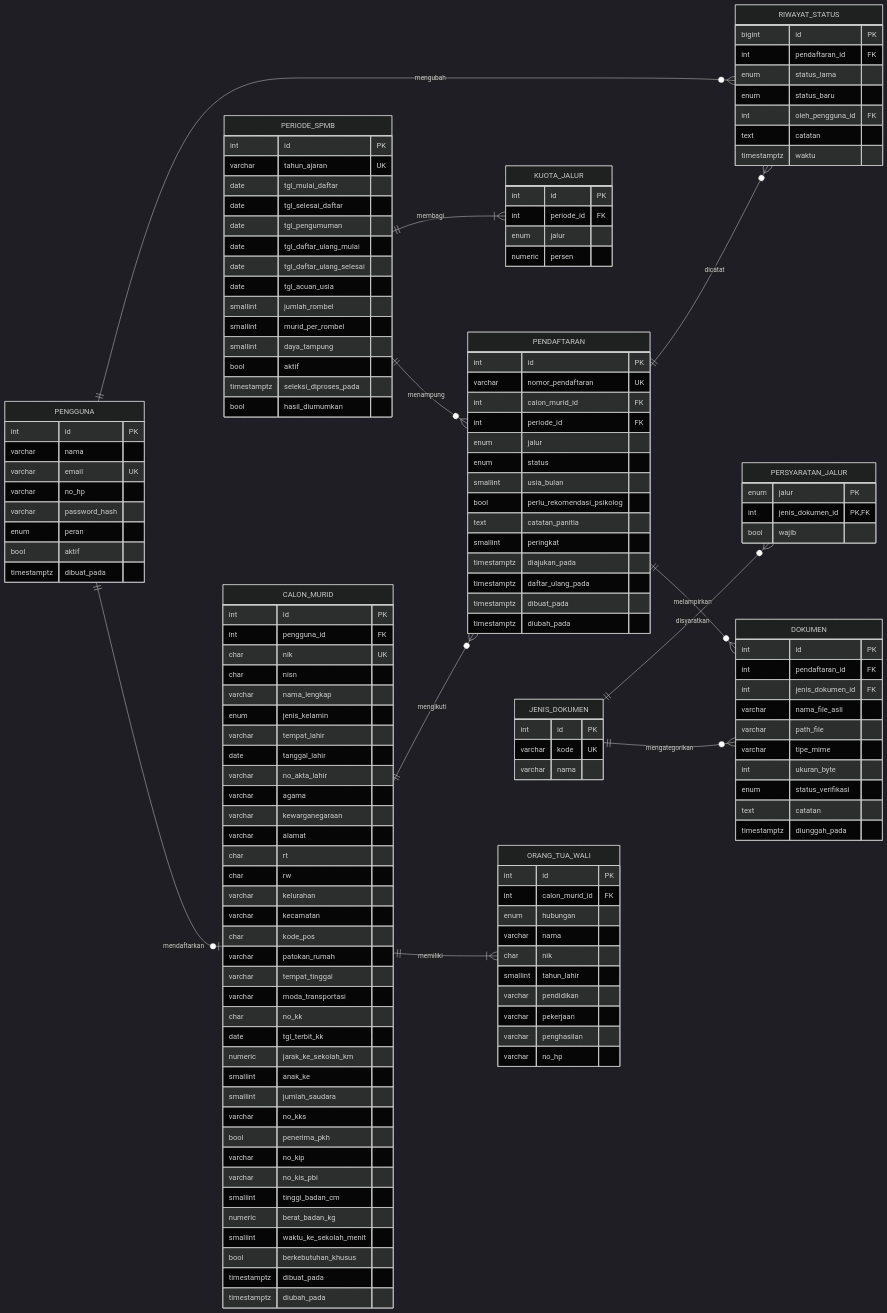
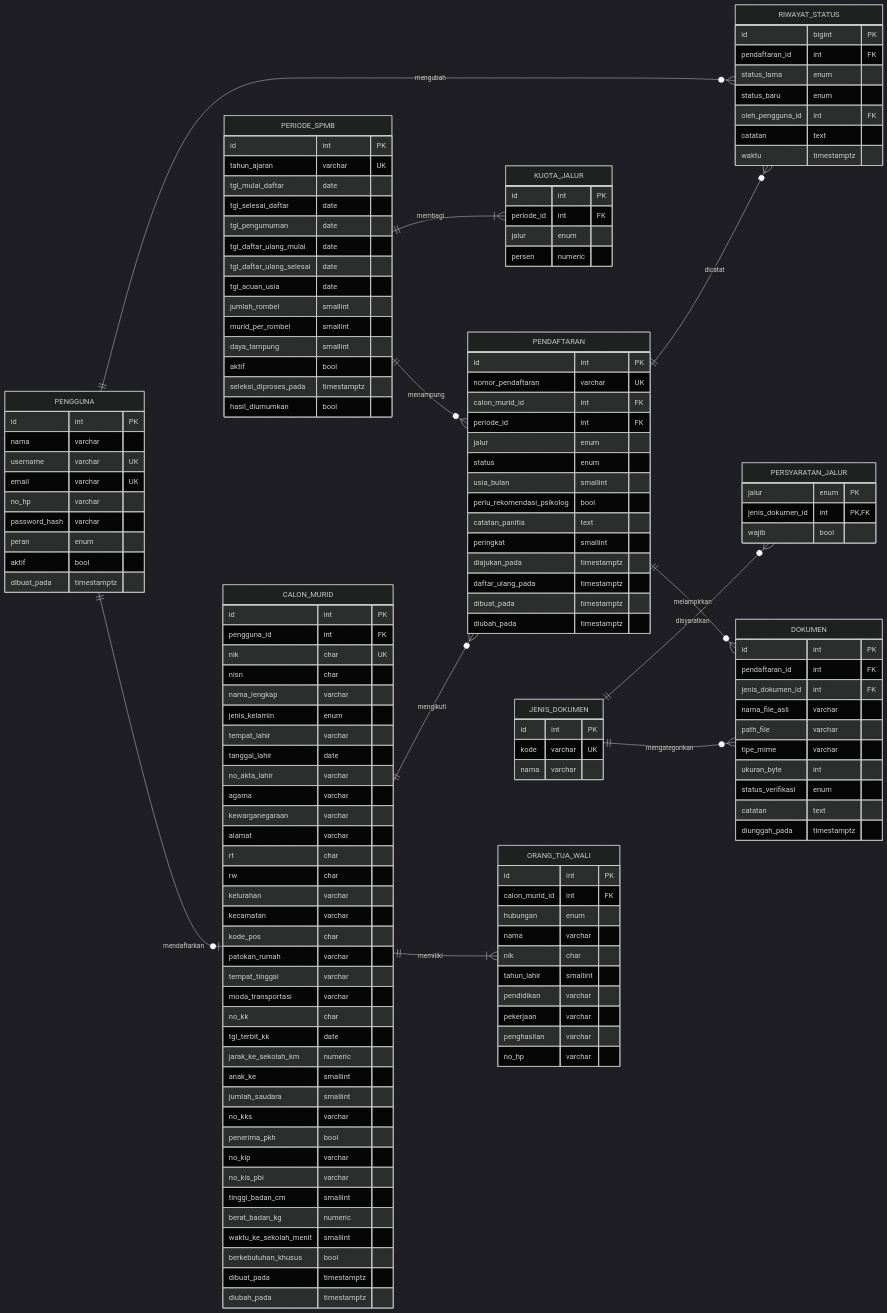
The diagram in docs/diagram/erd_lr.mmd (ardy919-btg/capstone-project-spmb-sdn-jatimulya-04), drawn with Mermaid (dark theme) before and after one commit. The commit also changed 13 other files, not shown here.

```diff
--- a/docs/diagram/erd_lr.mmd
+++ b/docs/diagram/erd_lr.mmd
@@ -1,140 +1,143 @@
 erDiagram
+  %% Urutan kolom sengaja ditulis "nama_atribut tipe_data kunci" agar gambar menampilkan
+  %% kolom Nama Atribut | Tipe Data | PK/FK/UK (sintaks asli Mermaid: tipe nama kunci).
   direction LR
   PENGGUNA ||--o| CALON_MURID : "mendaftarkan"
   CALON_MURID ||--|{ ORANG_TUA_WALI : "memiliki"
   CALON_MURID ||--o{ PENDAFTARAN : "mengikuti"
   PERIODE_SPMB ||--o{ PENDAFTARAN : "menampung"
   PERIODE_SPMB ||--|{ KUOTA_JALUR : "membagi"
   PENDAFTARAN ||--o{ DOKUMEN : "melampirkan"
   JENIS_DOKUMEN ||--o{ DOKUMEN : "mengategorikan"
   JENIS_DOKUMEN ||--o{ PERSYARATAN_JALUR : "disyaratkan"
   PENDAFTARAN ||--o{ RIWAYAT_STATUS : "dicatat"
   PENGGUNA ||--o{ RIWAYAT_STATUS : "mengubah"
   PENGGUNA {
-    int id PK
-    varchar nama
-    varchar email UK
-    varchar no_hp
-    varchar password_hash
-    enum peran
-    bool aktif
-    timestamptz dibuat_pada
+    id int PK
+    nama varchar
+    username varchar UK
+    email varchar UK
+    no_hp varchar
+    password_hash varchar
+    peran enum
+    aktif bool
+    dibuat_pada timestamptz
   }
   CALON_MURID {
-    int id PK
-    int pengguna_id FK
-    char nik UK
-    char nisn
-    varchar nama_lengkap
-    enum jenis_kelamin
-    varchar tempat_lahir
-    date tanggal_lahir
-    varchar no_akta_lahir
-    varchar agama
-    varchar kewarganegaraan
-    varchar alamat
-    char rt
-    char rw
-    varchar kelurahan
-    varchar kecamatan
-    char kode_pos
-    varchar patokan_rumah
-    varchar tempat_tinggal
-    varchar moda_transportasi
-    char no_kk
-    date tgl_terbit_kk
-    numeric jarak_ke_sekolah_km
-    smallint anak_ke
-    smallint jumlah_saudara
-    varchar no_kks
-    bool penerima_pkh
-    varchar no_kip
-    varchar no_kis_pbi
-    smallint tinggi_badan_cm
-    numeric berat_badan_kg
-    smallint waktu_ke_sekolah_menit
-    bool berkebutuhan_khusus
-    timestamptz dibuat_pada
-    timestamptz diubah_pada
+    id int PK
+    pengguna_id int FK
+    nik char UK
+    nisn char
+    nama_lengkap varchar
+    jenis_kelamin enum
+    tempat_lahir varchar
+    tanggal_lahir date
+    no_akta_lahir varchar
+    agama varchar
+    kewarganegaraan varchar
+    alamat varchar
+    rt char
+    rw char
+    kelurahan varchar
+    kecamatan varchar
+    kode_pos char
+    patokan_rumah varchar
+    tempat_tinggal varchar
+    moda_transportasi varchar
+    no_kk char
+    tgl_terbit_kk date
+    jarak_ke_sekolah_km numeric
+    anak_ke smallint
+    jumlah_saudara smallint
+    no_kks varchar
+    penerima_pkh bool
+    no_kip varchar
+    no_kis_pbi varchar
+    tinggi_badan_cm smallint
+    berat_badan_kg numeric
+    waktu_ke_sekolah_menit smallint
+    berkebutuhan_khusus bool
+    dibuat_pada timestamptz
+    diubah_pada timestamptz
   }
   ORANG_TUA_WALI {
-    int id PK
-    int calon_murid_id FK
-    enum hubungan
-    varchar nama
-    char nik
-    smallint tahun_lahir
-    varchar pendidikan
-    varchar pekerjaan
-    varchar penghasilan
-    varchar no_hp
+    id int PK
+    calon_murid_id int FK
+    hubungan enum
+    nama varchar
+    nik char
+    tahun_lahir smallint
+    pendidikan varchar
+    pekerjaan varchar
+    penghasilan varchar
+    no_hp varchar
   }
   PENDAFTARAN {
-    int id PK
-    varchar nomor_pendaftaran UK
-    int calon_murid_id FK
-    int periode_id FK
-    enum jalur
-    enum status
-    smallint usia_bulan
-    bool perlu_rekomendasi_psikolog
-    text catatan_panitia
-    smallint peringkat
-    timestamptz diajukan_pada
-    timestamptz daftar_ulang_pada
-    timestamptz dibuat_pada
-    timestamptz diubah_pada
+    id int PK
+    nomor_pendaftaran varchar UK
+    calon_murid_id int FK
+    periode_id int FK
+    jalur enum
+    status enum
+    usia_bulan smallint
+    perlu_rekomendasi_psikolog bool
+    catatan_panitia text
+    peringkat smallint
+    diajukan_pada timestamptz
+    daftar_ulang_pada timestamptz
+    dibuat_pada timestamptz
+    diubah_pada timestamptz
   }
   PERIODE_SPMB {
-    int id PK
-    varchar tahun_ajaran UK
-    date tgl_mulai_daftar
-    date tgl_selesai_daftar
-    date tgl_pengumuman
-    date tgl_daftar_ulang_mulai
-    date tgl_daftar_ulang_selesai
-    date tgl_acuan_usia
-    smallint jumlah_rombel
-    smallint murid_per_rombel
-    smallint daya_tampung
-    bool aktif
-    timestamptz seleksi_diproses_pada
-    bool hasil_diumumkan
+    id int PK
+    tahun_ajaran varchar UK
+    tgl_mulai_daftar date
+    tgl_selesai_daftar date
+    tgl_pengumuman date
+    tgl_daftar_ulang_mulai date
+    tgl_daftar_ulang_selesai date
+    tgl_acuan_usia date
+    jumlah_rombel smallint
+    murid_per_rombel smallint
+    daya_tampung smallint
+    aktif bool
+    seleksi_diproses_pada timestamptz
+    hasil_diumumkan bool
   }
   KUOTA_JALUR {
-    int id PK
-    int periode_id FK
-    enum jalur
-    numeric persen
+    id int PK
+    periode_id int FK
+    jalur enum
+    persen numeric
   }
   DOKUMEN {
-    int id PK
-    int pendaftaran_id FK
-    int jenis_dokumen_id FK
-    varchar nama_file_asli
-    varchar path_file
-    varchar tipe_mime
-    int ukuran_byte
-    enum status_verifikasi
-    text catatan
-    timestamptz diunggah_pada
+    id int PK
+    pendaftaran_id int FK
+    jenis_dokumen_id int FK
+    nama_file_asli varchar
+    path_file varchar
+    tipe_mime varchar
+    ukuran_byte int
+    status_verifikasi enum
+    catatan text
+    diunggah_pada timestamptz
   }
   JENIS_DOKUMEN {
-    int id PK
-    varchar kode UK
-    varchar nama
+    id int PK
+    kode varchar UK
+    nama varchar
   }
   PERSYARATAN_JALUR {
-    enum jalur PK
-    int jenis_dokumen_id PK,FK
-    bool wajib
+    jalur enum PK
+    jenis_dokumen_id int PK,FK
+    wajib bool
   }
   RIWAYAT_STATUS {
-    bigint id PK
-    int pendaftaran_id FK
-    enum status_lama
-    enum status_baru
-    int oleh_pengguna_id FK
-    text catatan
-    timestamptz waktu
+    id bigint PK
+    pendaftaran_id int FK
+    status_lama enum
+    status_baru enum
+    oleh_pengguna_id int FK
+    catatan text
+    waktu timestamptz
   }
```
